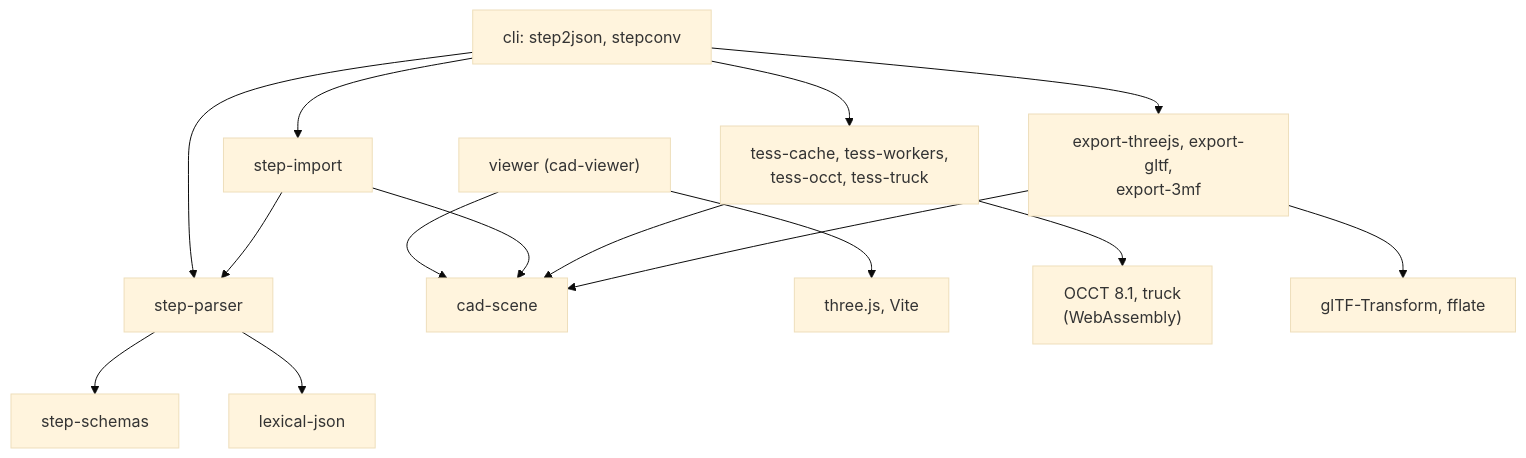
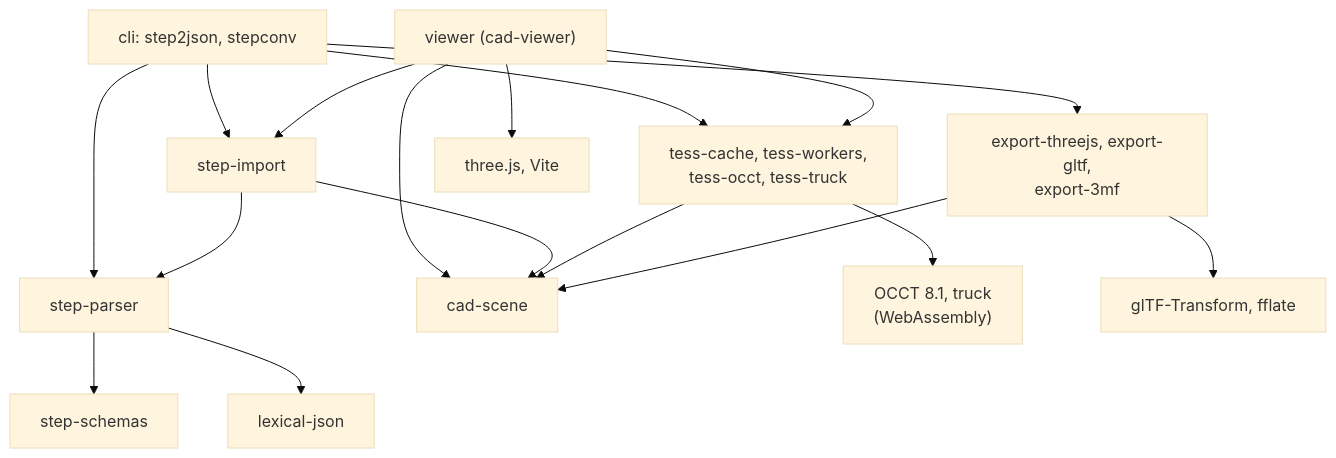
Before and after one commit to martyvona/cad-io-js: the first of 5 diagrams in README.md, drawn with Mermaid (base theme). The commit also changed other lines of this file and 20 other files, not shown here.

````diff
--- a/README.md
+++ b/README.md
@@ -339,22 +339,22 @@
 ```mermaid
 flowchart TD
   cli["cli: step2json, stepconv"]
   imp["step-import"]
   parser["step-parser"]
   schemas["step-schemas"]
   ljson["lexical-json"]
   tess["tess-cache, tess-workers,<br/>tess-occt, tess-truck"]
   exp["export-threejs, export-gltf,<br/>export-3mf"]
   scene["cad-scene"]
   viewer["viewer (cad-viewer)"]
   cli --> imp & tess & exp
-  viewer --> scene
+  viewer --> imp & tess & scene
   viewer --> three["three.js, Vite"]
   cli --> parser
   imp --> parser & scene
   parser --> schemas & ljson
   tess --> scene
   exp --> scene
   tess --> wasm["OCCT 8.1, truck<br/>(WebAssembly)"]
   exp --> libs["glTF-Transform, fflate"]
 ```
````
